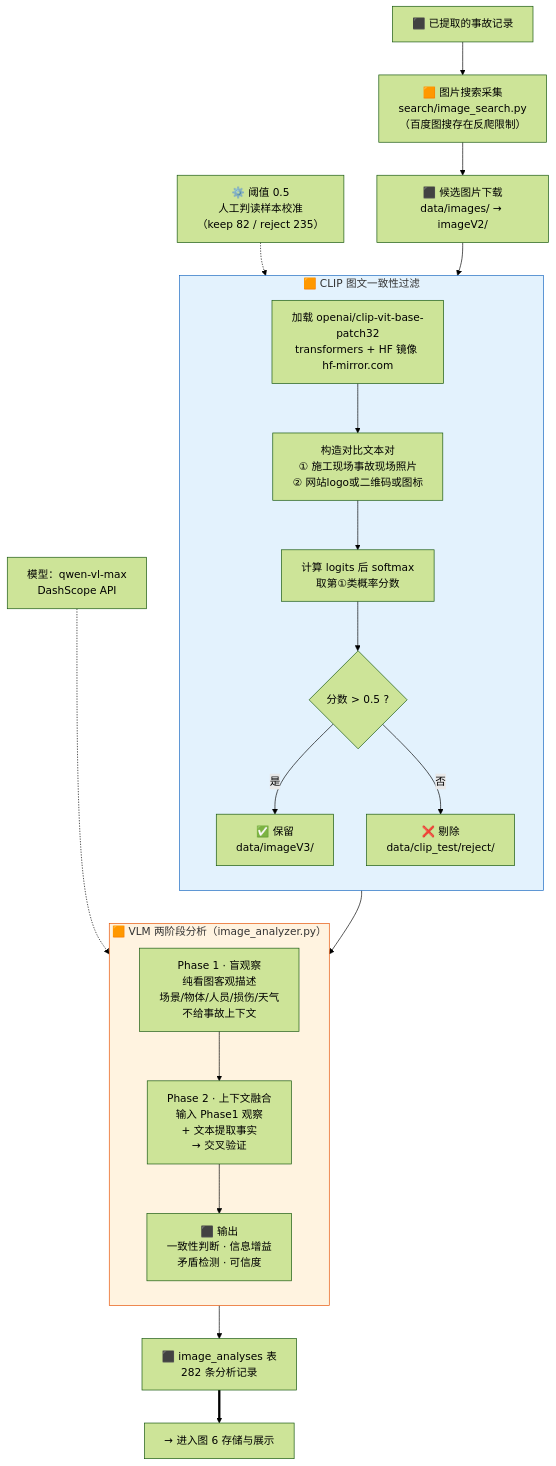
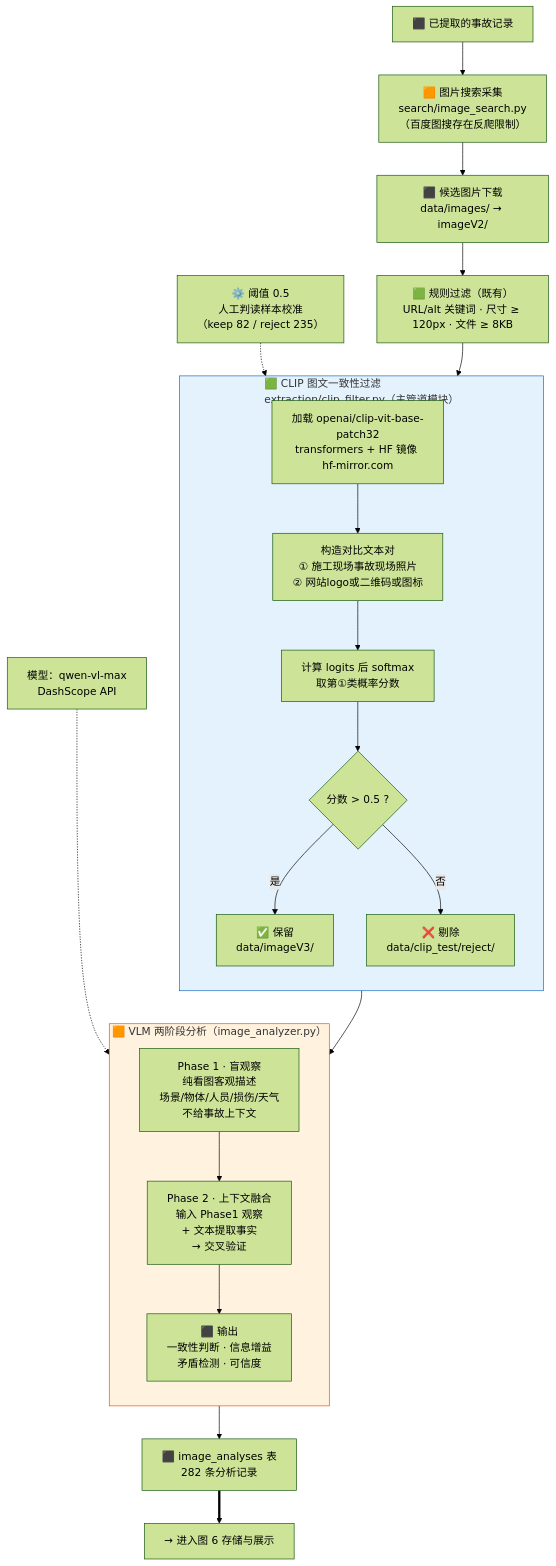
The sixth of 8 diagrams in docs/项目流程图.md (shiningdot/construction_agent), drawn with Mermaid (forest theme) before and after one commit. The commit also changed other lines of this file and 1 other file, not shown here.

First line of the commit message:
docs: 流程图与文件地图同步 CLIP 并入主管道

````diff
--- a/docs/项目流程图.md
+++ b/docs/项目流程图.md
@@ -245,36 +245,37 @@
 ```mermaid
 flowchart TB
     IN["⬛ 已提取的事故记录"] --> SEARCH["🟧 图片搜索采集<br/>search/image_search.py<br/>（百度图搜存在反爬限制）"]
     SEARCH --> DL["⬛ 候选图片下载<br/>data/images/ → imageV2/"]
 
-    DL --> CLIP
+    DL --> RULE["🟩 规则过滤（既有）<br/>URL/alt 关键词 · 尺寸 ≥ 120px · 文件 ≥ 8KB"]
+    RULE --> CLIP
 
-    subgraph CLIP["🟧 CLIP 图文一致性过滤"]
+    subgraph CLIP["🟩 CLIP 图文一致性过滤<br/>extraction/clip_filter.py（主管道模块）"]
         direction TB
         CMA["加载 openai/clip-vit-base-patch32<br/>transformers + HF 镜像 hf-mirror.com"]
         CMA --> CTEXT["构造对比文本对<br/>① 施工现场事故现场照片<br/>② 网站logo或二维码或图标"]
         CTEXT --> CSCORE["计算 logits 后 softmax<br/>取第①类概率分数"]
         CSCORE --> CTH{"分数 > 0.5 ?"}
         CTH -->|"是"| KEEP["✅ 保留<br/>data/imageV3/"]
         CTH -->|"否"| REJ["❌ 剔除<br/>data/clip_test/reject/"]
     end
 
     KEEP --> VLM
 
     subgraph VLM["🟧 VLM 两阶段分析（image_analyzer.py）"]
         direction TB
         P1["Phase 1 · 盲观察<br/>纯看图客观描述<br/>场景/物体/人员/损伤/天气<br/>不给事故上下文"]
         P2["Phase 2 · 上下文融合<br/>输入 Phase1 观察<br/>+ 文本提取事实<br/>→ 交叉验证"]
         P3["⬛ 输出<br/>一致性判断 · 信息增益<br/>矛盾检测 · 可信度"]
         P1 --> P2 --> P3
     end
 
     VLM --> OUT["⬛ image_analyses 表<br/>282 条分析记录"]
     OUT ==> NEXT["→ 进入图 6 存储与展示"]
 
     MODEL["模型：qwen-vl-max<br/>DashScope API"] -.-> P1
     THR["⚙️ 阈值 0.5<br/>人工判读样本校准<br/>（keep 82 / reject 235）"] -.-> CTH
 
     style CLIP fill:#e3f2fd,stroke:#1565c0
     style VLM fill:#fff3e0,stroke:#e65100
 ```
````
